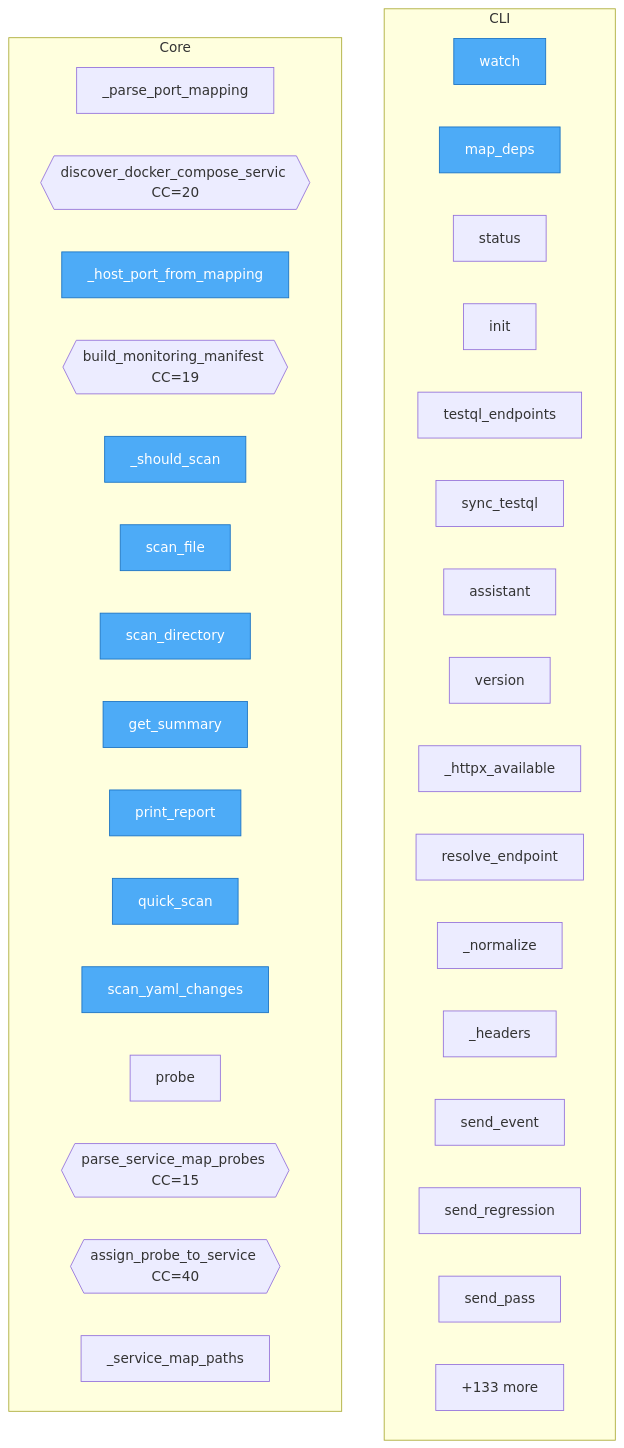
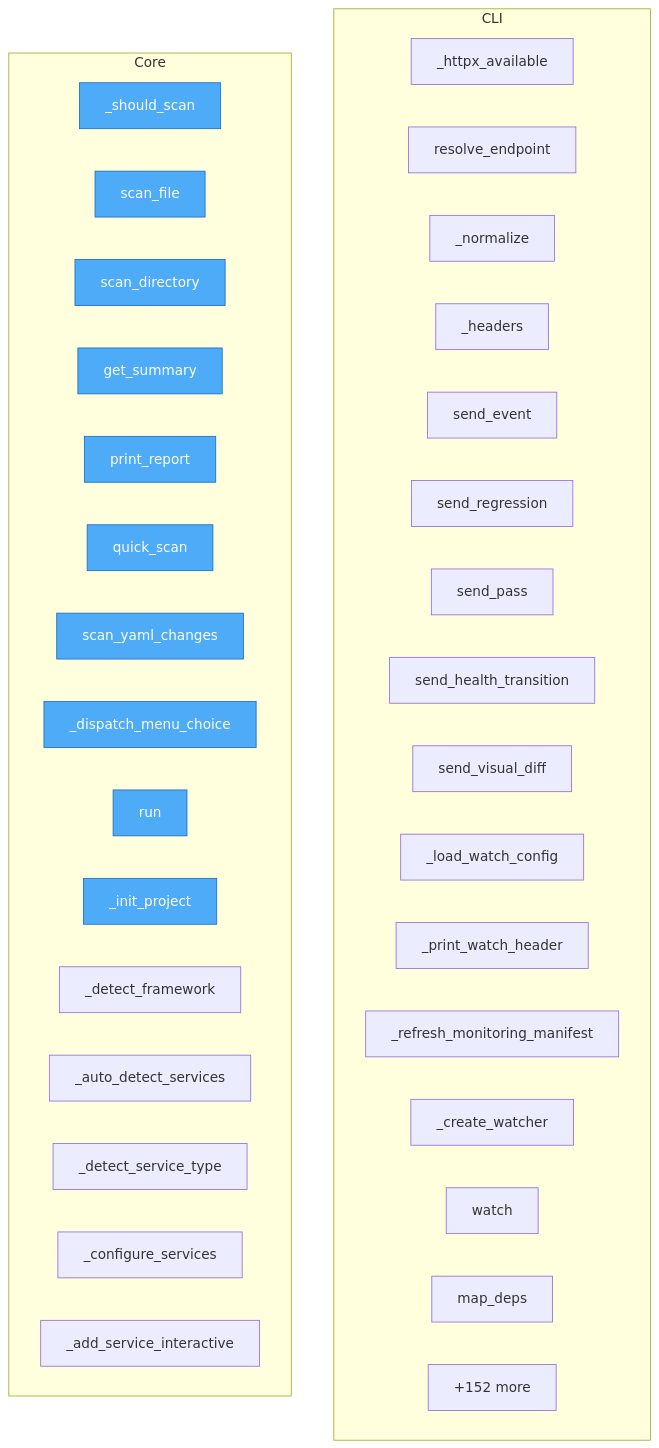
The diagram in project/flow.mmd (semcod/wup), drawn with Mermaid before and after one commit. The commit also changed 35 other files, not shown here.

```diff
--- a/project/flow.mmd
+++ b/project/flow.mmd
@@ -1,45 +1,45 @@
 flowchart TD
 %% generated in 0.01s
 
     %% Entry points (blue)
     classDef entry fill:#4dabf7,stroke:#1971c2,color:#fff
 
     subgraph CLI
-        wup__cli__watch["watch"]
-        wup__cli__map_deps["map_deps"]
-        wup__cli__status["status"]
-        wup__cli__init["init"]
-        wup__cli__testql_endpoints["testql_endpoints"]
-        wup__cli__sync_testql["sync_testql"]
-        wup__cli__assistant["assistant"]
-        wup__cli__version["version"]
         wup__web_client___httpx_available["_httpx_available"]
         wup__web_client__resolve_endpoint["resolve_endpoint"]
         wup__web_client___normalize["_normalize"]
         wup__web_client__WebClient___headers["_headers"]
         wup__web_client__WebClient__send_event["send_event"]
         wup__web_client__WebClient__send_regression["send_regression"]
         wup__web_client__WebClient__send_pass["send_pass"]
-        ...["+2 more"]
+        wup__web_client__WebClient__send_health_transition["send_health_transition"]
+        wup__web_client__WebClient__send_visual_diff["send_visual_diff"]
+        wup__cli___load_watch_config["_load_watch_config"]
+        wup__cli___print_watch_header["_print_watch_header"]
+        wup__cli___refresh_monitoring_manifest["_refresh_monitoring_manifest"]
+        wup__cli___create_watcher["_create_watcher"]
+        wup__cli__watch["watch"]
+        wup__cli__map_deps["map_deps"]
+        ...["+6 more"]
     end
 
     subgraph Core
-        wup__monitoring_manifest___parse_port_mapping["_parse_port_mapping"]
-        wup__monitoring_manifest__discover_docker_compose_services{{discover_docker_compose_servic CC=20}}
-        wup__monitoring_manifest___host_port_from_mapping["_host_port_from_mapping"]
-        wup__monitoring_manifest__build_monitoring_manifest{{build_monitoring_manifest CC=19}}
         wup__anomaly_detector__AnomalyDetector___should_scan["_should_scan"]
         wup__anomaly_detector__AnomalyDetector__scan_file["scan_file"]
         wup__anomaly_detector__AnomalyDetector__scan_directory["scan_directory"]
         wup__anomaly_detector__AnomalyDetector__get_summary["get_summary"]
         wup__anomaly_detector__AnomalyDetector__print_report["print_report"]
         wup__anomaly_detector__quick_scan["quick_scan"]
         wup__anomaly_detector__scan_yaml_changes["scan_yaml_changes"]
-        wup__testql_monitor__ProbeTarget__probe["probe"]
-        wup__testql_monitor__parse_service_map_probes{{parse_service_map_probes CC=15}}
-        wup__testql_monitor__assign_probe_to_service{{assign_probe_to_service CC=40}}
-        wup__testql_monitor__TestQLMonitor___service_map_paths["_service_map_paths"]
-        ...["+133 more"]
+        wup__assistant__WupAssistant___dispatch_menu_choice["_dispatch_menu_choice"]
+        wup__assistant__WupAssistant__run["run"]
+        wup__assistant__WupAssistant___init_project["_init_project"]
+        wup__assistant__WupAssistant___detect_framework["_detect_framework"]
+        wup__assistant__WupAssistant___auto_detect_services["_auto_detect_services"]
+        wup__assistant__WupAssistant___detect_service_type["_detect_service_type"]
+        wup__assistant__WupAssistant___configure_services["_configure_services"]
+        wup__assistant__WupAssistant___add_service_interactive["_add_service_interactive"]
+        ...["+152 more"]
     end
 
-    class wup__monitoring_manifest___host_port_from_mapping,wup__anomaly_detector__AnomalyDetector___should_scan,wup__anomaly_detector__AnomalyDetector__scan_file,wup__anomaly_detector__AnomalyDetector__scan_directory,wup__anomaly_detector__AnomalyDetector__get_summary,wup__anomaly_detector__AnomalyDetector__print_report,wup__anomaly_detector__quick_scan,wup__anomaly_detector__scan_yaml_changes,wup__cli__watch,wup__cli__map_deps entry
+    class wup__anomaly_detector__AnomalyDetector___should_scan,wup__anomaly_detector__AnomalyDetector__scan_file,wup__anomaly_detector__AnomalyDetector__scan_directory,wup__anomaly_detector__AnomalyDetector__get_summary,wup__anomaly_detector__AnomalyDetector__print_report,wup__anomaly_detector__quick_scan,wup__anomaly_detector__scan_yaml_changes,wup__assistant__WupAssistant___dispatch_menu_choice,wup__assistant__WupAssistant__run,wup__assistant__WupAssistant___init_project entry
```
